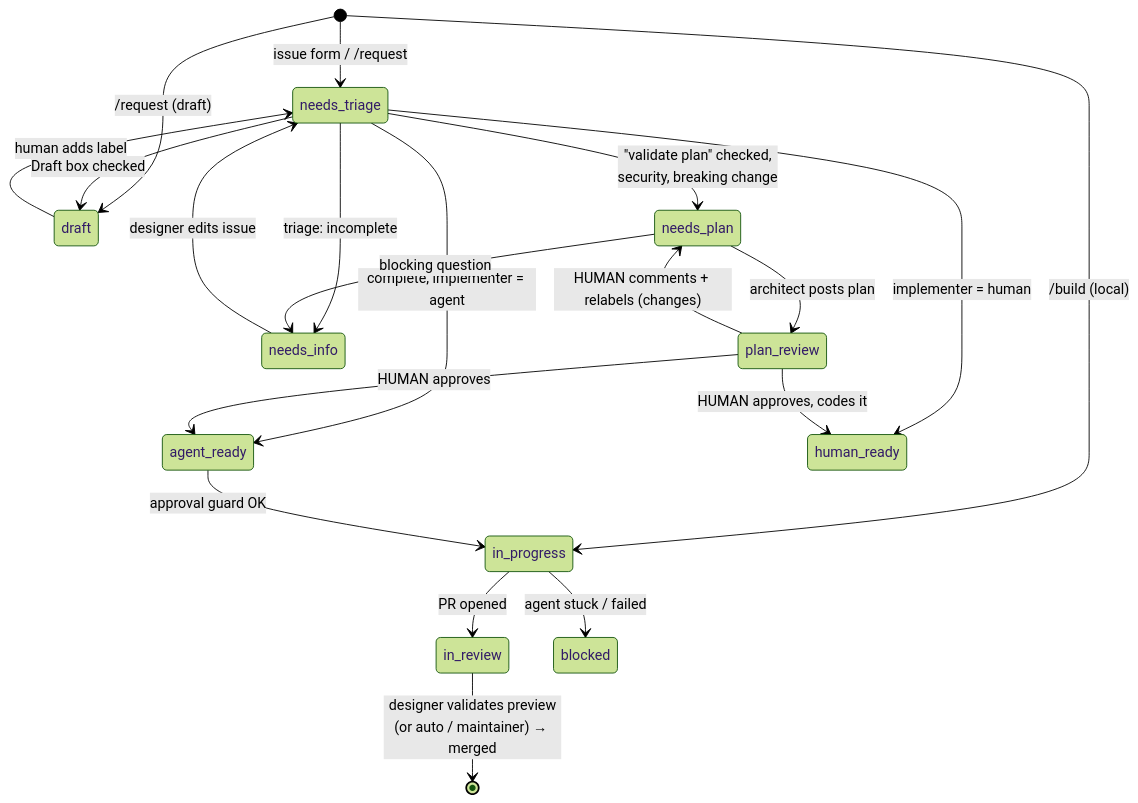
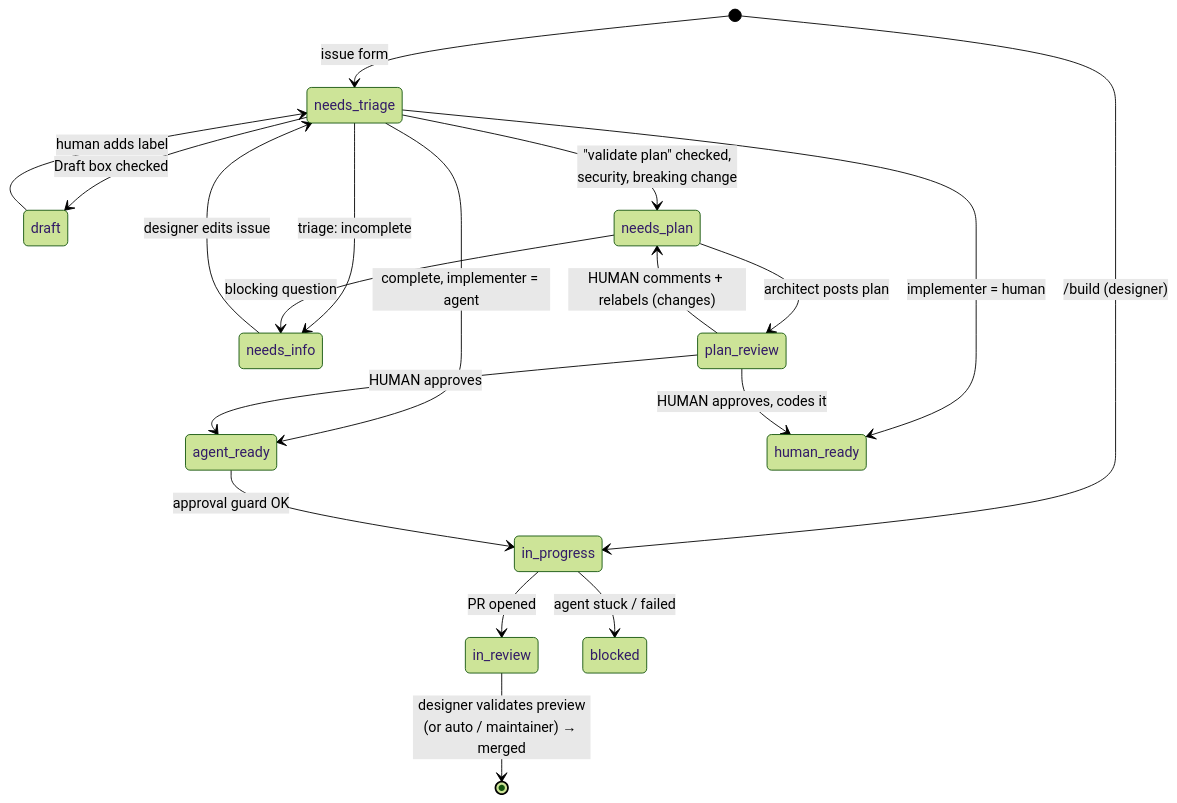
The diagram in docs/agentic-workflow.md (RaphaelPI/margot-dauban), drawn with Mermaid (forest theme) before and after one commit. The commit also changed other lines of this file and 18 other files, not shown here.

First line of the commit message:
feat(agents): make /build the designer's single conversational entry point

````diff
--- a/docs/agentic-workflow.md
+++ b/docs/agentic-workflow.md
@@ -16,22 +16,21 @@
 ```mermaid
 stateDiagram-v2
-    [*] --> needs_triage: issue form / /request
-    [*] --> draft: /request (draft)
-    [*] --> in_progress: /build (local)
+    [*] --> needs_triage: issue form
+    [*] --> in_progress: /build (designer)
     needs_triage --> draft: Draft box checked
     draft --> needs_triage: human adds label
     needs_triage --> needs_info: triage: incomplete
     needs_info --> needs_triage: designer edits issue
     needs_triage --> needs_plan: "validate plan" checked,<br/>security, breaking change
     needs_triage --> agent_ready: complete, implementer = agent
     needs_triage --> human_ready: implementer = human
     needs_plan --> plan_review: architect posts plan
     needs_plan --> needs_info: blocking question
     plan_review --> needs_plan: HUMAN comments + relabels (changes)
     plan_review --> agent_ready: HUMAN approves
     plan_review --> human_ready: HUMAN approves, codes it
     agent_ready --> in_progress: approval guard OK
     in_progress --> in_review: PR opened
     in_progress --> blocked: agent stuck / failed
     in_review --> [*]: designer validates preview<br/>(or auto / maintainer) → merged
 ```
````
